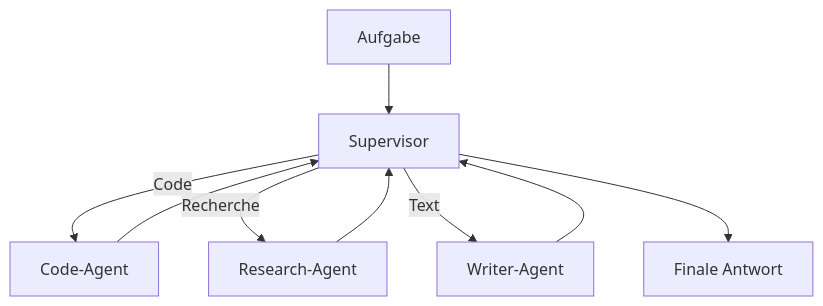
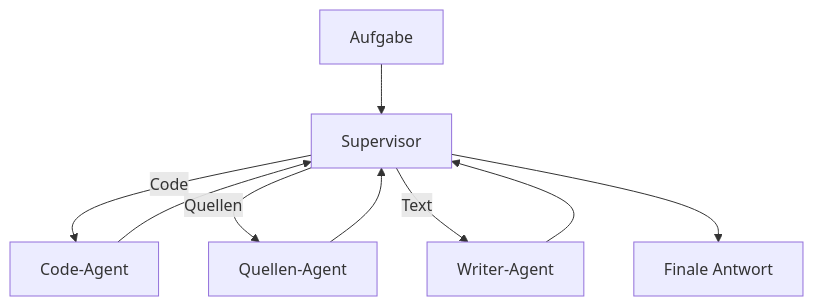
Before and after one commit to ralf-42/Agenten: the first of 10 diagrams in docs/06-multi-agent-erweiterungen/multi-agent-systeme.md, drawn with Mermaid. The commit also changed other lines of this file and 40 other files, not shown here.

````diff
--- a/docs/06-multi-agent-erweiterungen/multi-agent-systeme.md
+++ b/docs/06-multi-agent-erweiterungen/multi-agent-systeme.md
@@ -74,11 +74,11 @@
 ```mermaid
 flowchart TD
     A[Aufgabe] --> S[Supervisor]
     S -->|Code| C[Code-Agent]
-    S -->|Recherche| R[Research-Agent]
+    S -->|Quellen| R[Quellen-Agent]
     S -->|Text| W[Writer-Agent]
     C --> S
     R --> S
     W --> S
     S --> E[Finale Antwort]
 ```
````
